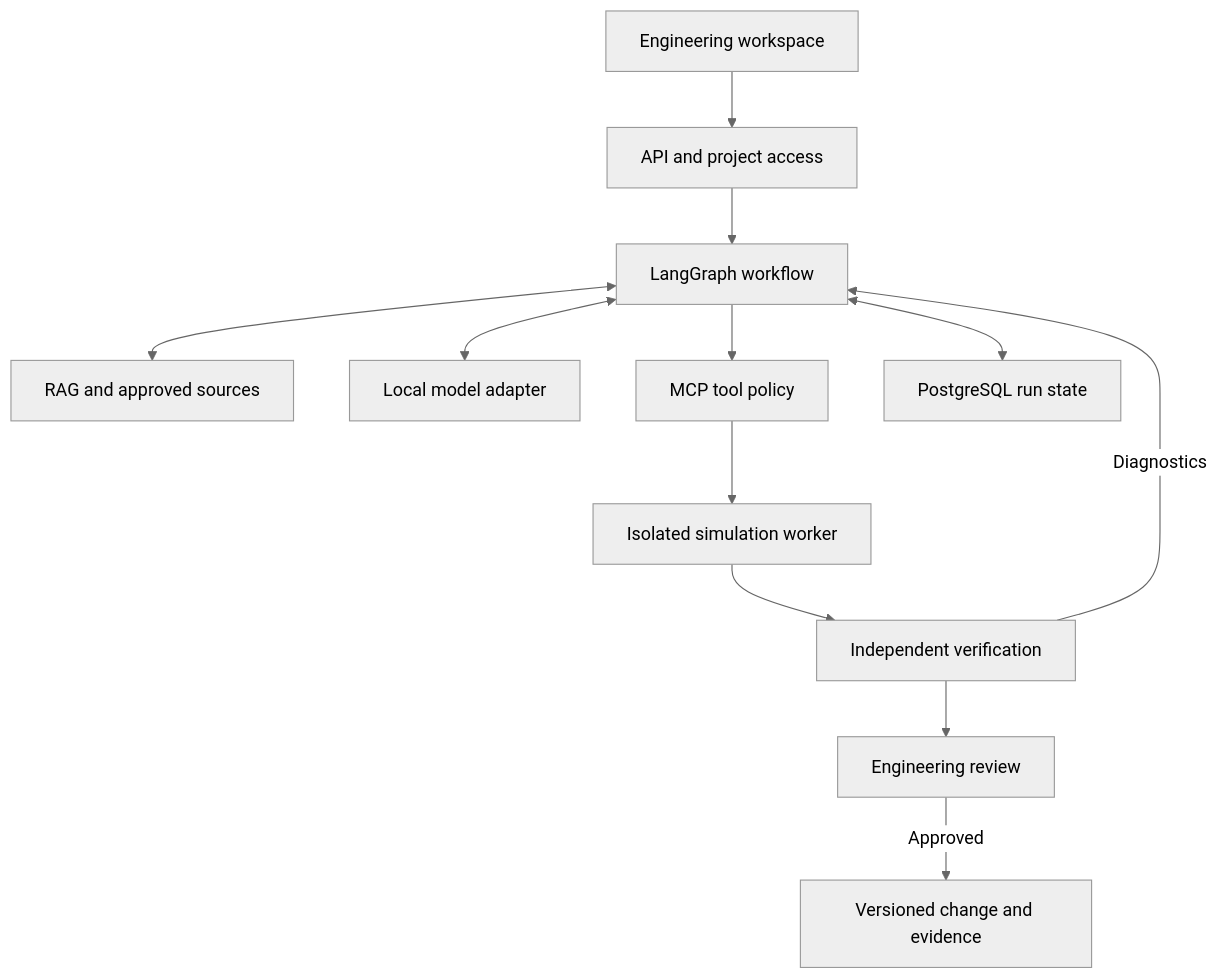
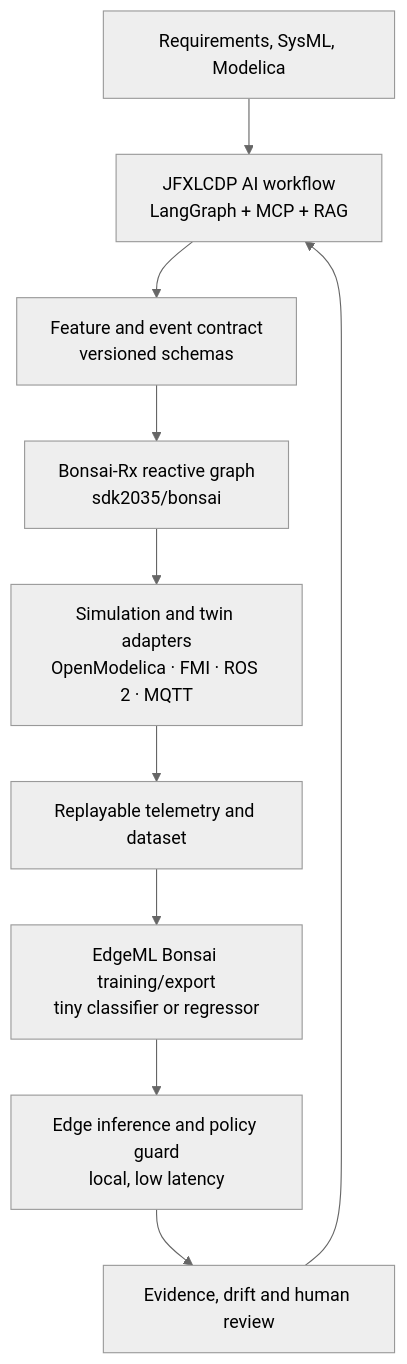
Before and after one commit to robotics-intelligent-systems/jfxlcdp: the diagram in README.md, drawn with Mermaid (neutral theme). The commit also changed other lines of this file, not shown here.

Commit message:
[add] Bonsai Integration and Edge-AI Extension

````diff
--- a/README.md
+++ b/README.md
@@ -970,14 +29,12 @@
 ```mermaid
 flowchart TD
-    UI["Engineering workspace"] --> API["API and project access"]
-    API --> WF["LangGraph workflow"]
-    WF <--> KB["RAG and approved sources"]
-    WF <--> LLM["Local model adapter"]
-    WF --> GATE["MCP tool policy"]
-    GATE --> WORKER["Isolated simulation worker"]
-    WORKER --> CHECK["Independent verification"]
-    CHECK --> REVIEW["Engineering review"]
-    CHECK -->|"Diagnostics"| WF
-    REVIEW -->|"Approved"| BUNDLE["Versioned change and evidence"]
-    WF <--> STATE["PostgreSQL run state"]
+  A["Requirements, SysML, Modelica"] --> B["JFXLCDP AI workflow<br/>LangGraph + MCP + RAG"]
+  B --> C["Feature and event contract<br/>versioned schemas"]
+  C --> D["Bonsai-Rx reactive graph<br/>sdk2035/bonsai"]
+  D --> E["Simulation and twin adapters<br/>OpenModelica · FMI · ROS 2 · MQTT"]
+  E --> F["Replayable telemetry and dataset"]
+  F --> G["EdgeML Bonsai training/export<br/>tiny classifier or regressor"]
+  G --> H["Edge inference and policy guard<br/>local, low latency"]
+  H --> I["Evidence, drift and human review"]
+  I --> B
 ```
````
